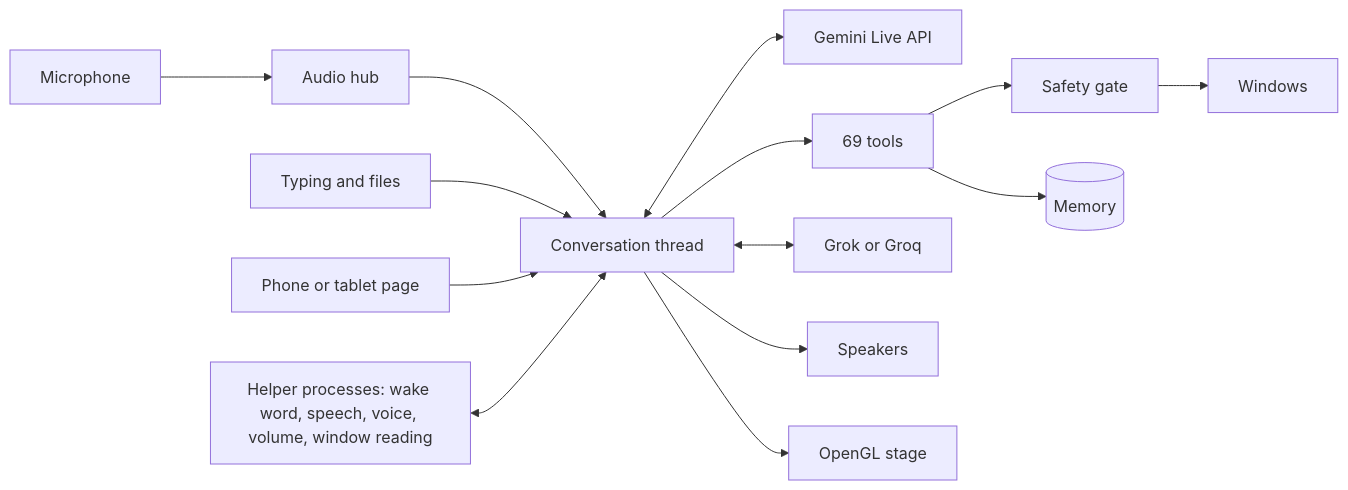
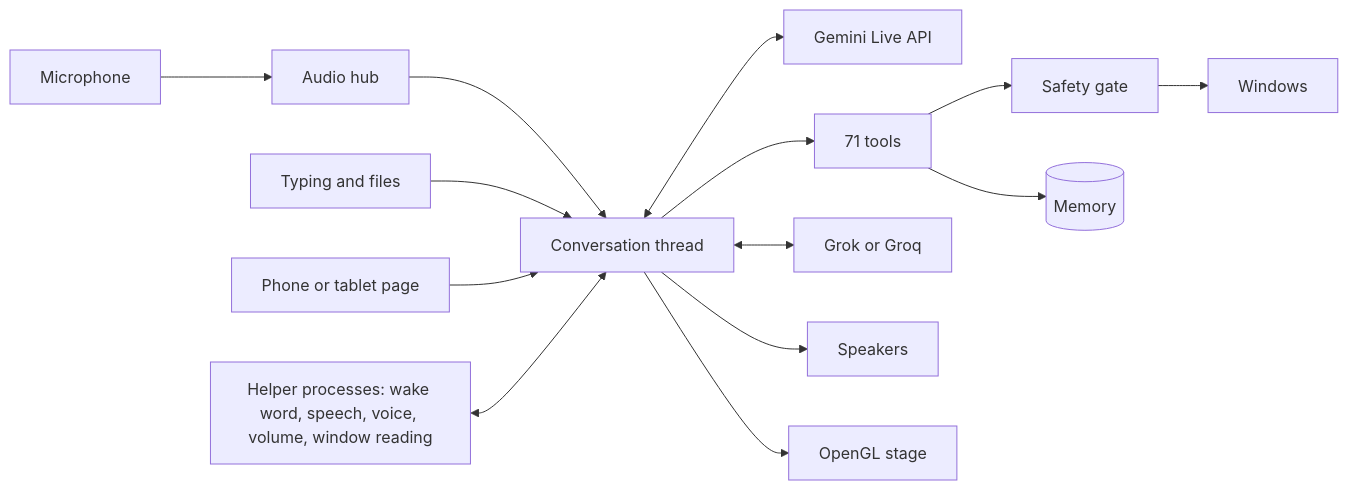
The second of 2 diagrams in README.md (SAMIJAVED217/ALPHA), drawn with Mermaid before and after one commit. The commit also changed other lines of this file and 24 other files, not shown here.

````diff
--- a/README.md
+++ b/README.md
@@ -208,16 +214,16 @@
 ```mermaid
 flowchart LR
     Mic[Microphone] --> Hub[Audio hub]
     Hub --> Talk[Conversation thread]
     Keys[Typing and files] --> Talk
     Talk <--> Gemini[Gemini Live API]
-    Talk --> Tools[69 tools]
+    Talk --> Tools[71 tools]
     Talk <--> Second[Grok or Groq]
     Phone[Phone or tablet page] --> Talk
     Tools --> Gate[Safety gate]
     Gate --> PC[Windows]
     Tools --> Memory[(Memory)]
     Talk --> Speaker[Speakers]
     Talk --> Stage[OpenGL stage]
     Helpers[Helper processes: wake word, speech, voice, volume, window reading] <--> Talk
 ```
````
